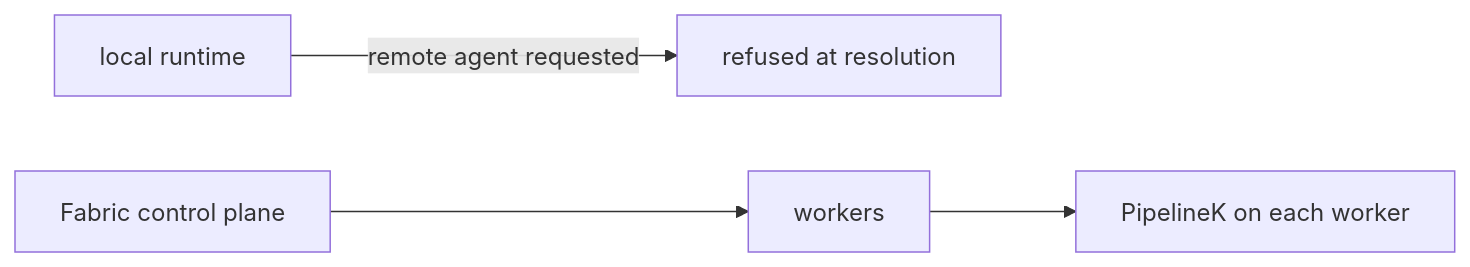
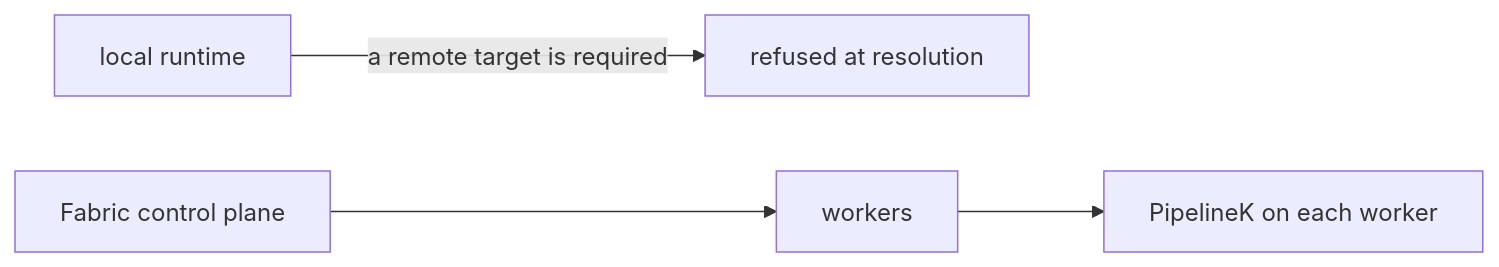
The third of 4 diagrams in README.md (Rubentxu/pipeline-kotlin), drawn with Mermaid before and after one commit. The commit also changed other lines of this file and 21 other files, not shown here.

````diff
--- a/README.md
+++ b/README.md
@@ -1028,6 +1024,6 @@
 ```mermaid
 flowchart LR
-    L[local runtime] -->|remote agent requested| X[refused at resolution]
+    L[local runtime] -->|a remote target is required| X[refused at resolution]
     F[Fabric control plane] --> W[workers]
     W --> P[PipelineK on each worker]
 ```
````
